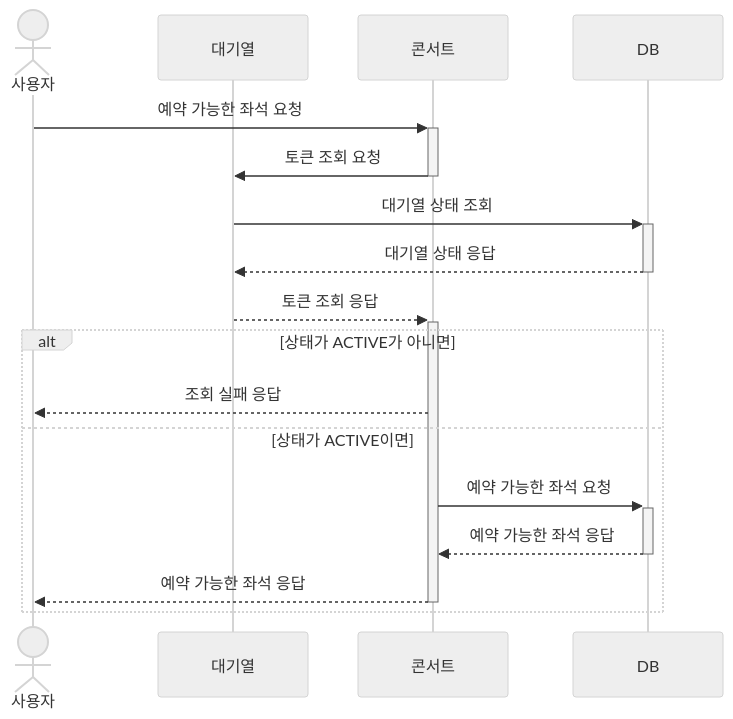
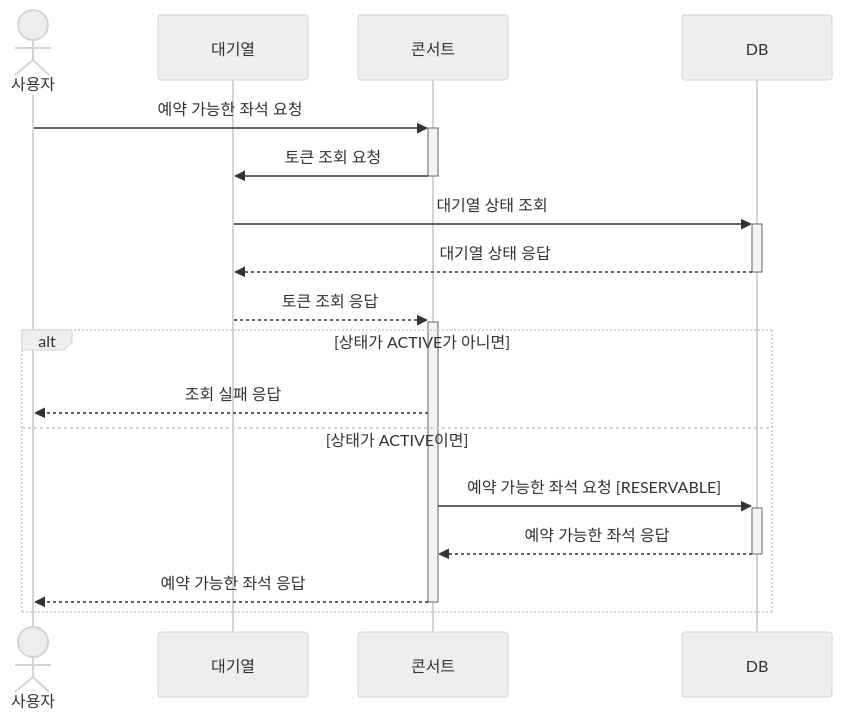
Before and after one commit to BattleLoyal/ConcertService: the third of 7 diagrams in step5.md, drawn with Mermaid (neutral theme). The commit also changed other lines of this file, not shown here.

First line of the commit message:
피드백 이후 시퀀스 다이어그램 업데이트

````diff
--- a/step5.md
+++ b/step5.md
@@ -60,20 +68,20 @@
 ```mermaid
 sequenceDiagram
   actor 사용자
   participant 대기열
   participant 콘서트
   participant DB
 
   사용자 ->>+ 콘서트: 예약 가능한 좌석 요청
   콘서트 ->>- 대기열: 토큰 조회 요청
   대기열 ->>+ DB: 대기열 상태 조회
   DB -->>- 대기열: 대기열 상태 응답
   대기열 -->>+ 콘서트: 토큰 조회 응답
   alt 상태가 ACTIVE가 아니면
 			콘서트 -->> 사용자: 조회 실패 응답
   else 상태가 ACTIVE이면
-      콘서트 ->>+ DB: 예약 가능한 좌석 요청
+      콘서트 ->>+ DB: 예약 가능한 좌석 요청 [RESERVABLE]
       DB -->>- 콘서트: 예약 가능한 좌석 응답
       콘서트 -->>- 사용자: 예약 가능한 좌석 응답
   end
 ```
````
